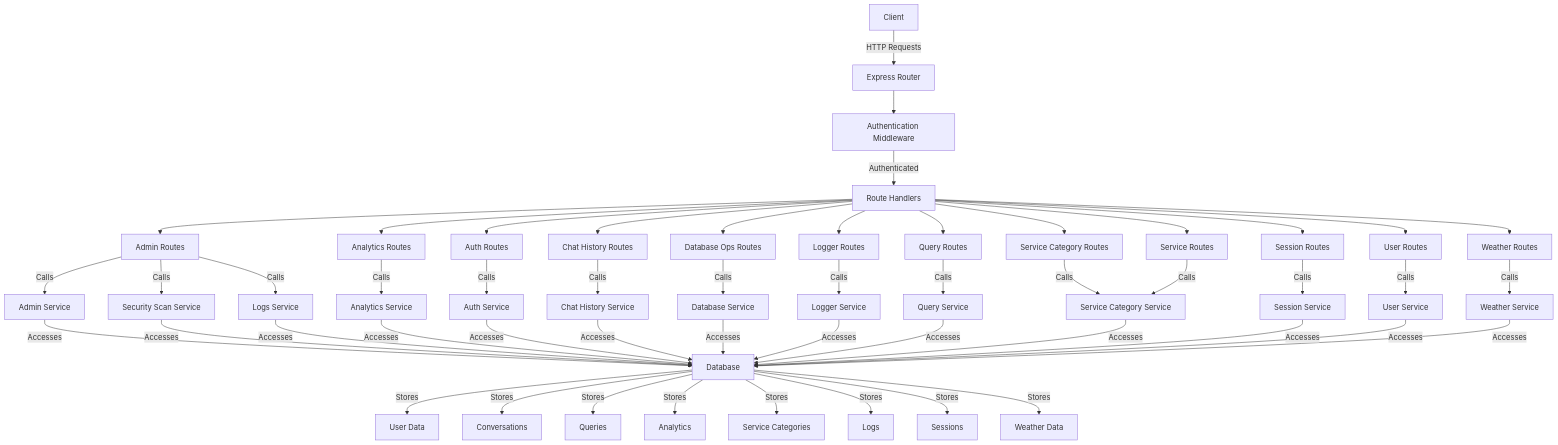
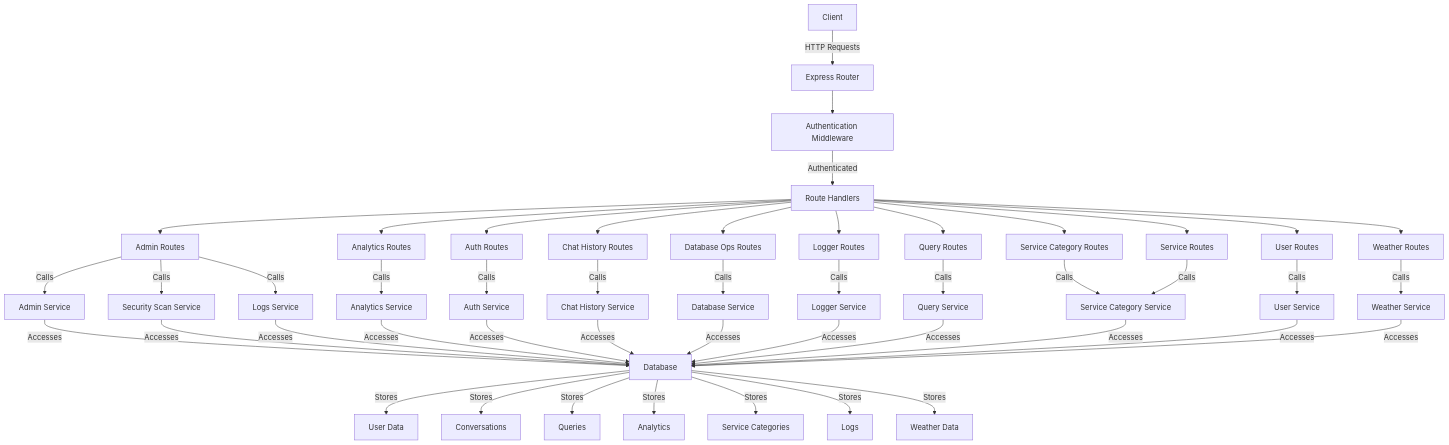
Before and after one commit to jrevillard/genie-ai-replica: the diagram in components/gov-chat-backend/routes/README.md, drawn with Mermaid. The commit also changed other lines of this file and 16 other files, not shown here.

````diff
--- a/components/gov-chat-backend/routes/README.md
+++ b/components/gov-chat-backend/routes/README.md
@@ -89,57 +84,53 @@
 ```mermaid
 graph TD
     A[Client] -->|HTTP Requests| B[Express Router]
     B --> C[Authentication Middleware]
     C -->|Authenticated| D[Route Handlers]
     
     D --> E[Admin Routes]
     D --> F[Analytics Routes]
     D --> G[Auth Routes]
     D --> H[Chat History Routes]
     D --> I[Database Ops Routes]
     D --> J[Logger Routes]
     D --> K[Query Routes]
     D --> L[Service Category Routes]
     D --> M[Service Routes]
-    D --> N[Session Routes]
-    D --> O[User Routes]
-    D --> P[Weather Routes]
+    D --> N[User Routes]
+    D --> O[Weather Routes]
 
     E -->|Calls| Q[Admin Service]
     E -->|Calls| R[Security Scan Service]
     E -->|Calls| S[Logs Service]
     F -->|Calls| T[Analytics Service]
     G -->|Calls| U[Auth Service]
     H -->|Calls| V[Chat History Service]
     I -->|Calls| W[Database Service]
     J -->|Calls| X[Logger Service]
     K -->|Calls| Y[Query Service]
     L -->|Calls| Z[Service Category Service]
     M -->|Calls| Z[Service Category Service]
-    N -->|Calls| AA[Session Service]
-    O -->|Calls| AB[User Service]
-    P -->|Calls| AD[Weather Service]
+    N -->|Calls| AB[User Service]
+    O -->|Calls| AD[Weather Service]
 
     Q -->|Accesses| AE[Database]
     R -->|Accesses| AE
     S -->|Accesses| AE
     T -->|Accesses| AE
     U -->|Accesses| AE
     V -->|Accesses| AE
     W -->|Accesses| AE
     X -->|Accesses| AE
     Y -->|Accesses| AE
     Z -->|Accesses| AE
-    AA -->|Accesses| AE
     AB -->|Accesses| AE
     AD -->|Accesses| AE
 
     AE -->|Stores| AF[User Data]
     AE -->|Stores| AG[Conversations]
     AE -->|Stores| AH[Queries]
     AE -->|Stores| AI[Analytics]
     AE -->|Stores| AJ[Service Categories]
     AE -->|Stores| AK[Logs]
-    AE -->|Stores| AL[Sessions]
-    AE -->|Stores| AM[Weather Data]
+    AE -->|Stores| AL[Weather Data]
 ```
````
